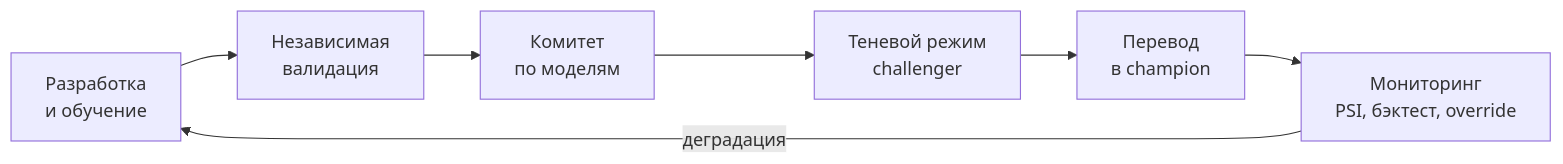
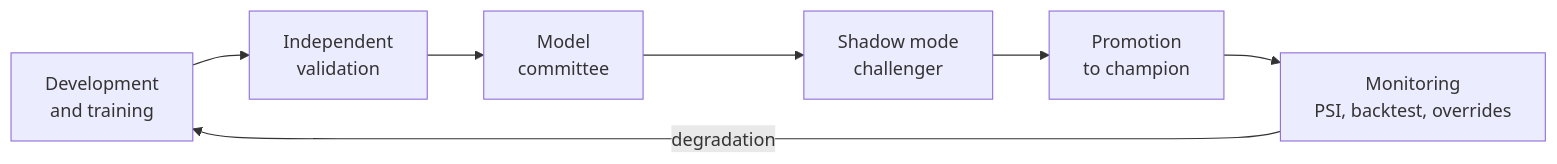
The fourth of 4 diagrams in ARCHITECTURE.md (kuntsman-prog/credit-decision-engine), drawn with Mermaid before and after one commit. The commit also changed other lines of this file, not shown here.

````diff
--- a/ARCHITECTURE.md
+++ b/ARCHITECTURE.md
@@ -113,9 +115,9 @@
 ```mermaid
 flowchart LR
-    DEV[Разработка<br/>и обучение] --> VAL[Независимая<br/>валидация]
-    VAL --> COM[Комитет<br/>по моделям]
-    COM --> SHADOW[Теневой режим<br/>challenger]
-    SHADOW --> PROM[Перевод<br/>в champion]
-    PROM --> MON[Мониторинг<br/>PSI, бэктест, override]
-    MON -->|деградация| DEV
+    DEV[Development<br/>and training] --> VAL[Independent<br/>validation]
+    VAL --> COM[Model<br/>committee]
+    COM --> SHADOW[Shadow mode<br/>challenger]
+    SHADOW --> PROM[Promotion<br/>to champion]
+    PROM --> MON[Monitoring<br/>PSI, backtest, overrides]
+    MON -->|degradation| DEV
 ```
````
